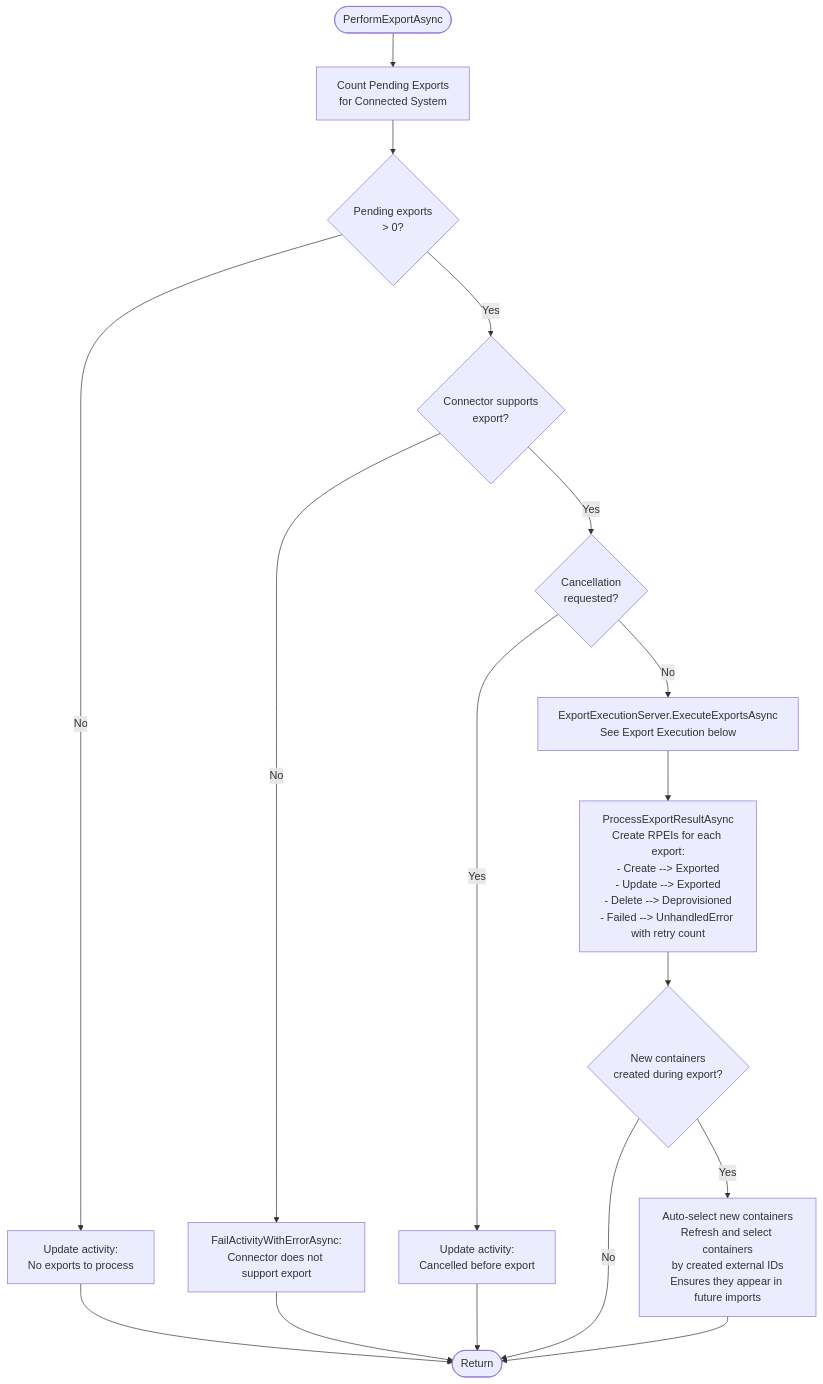
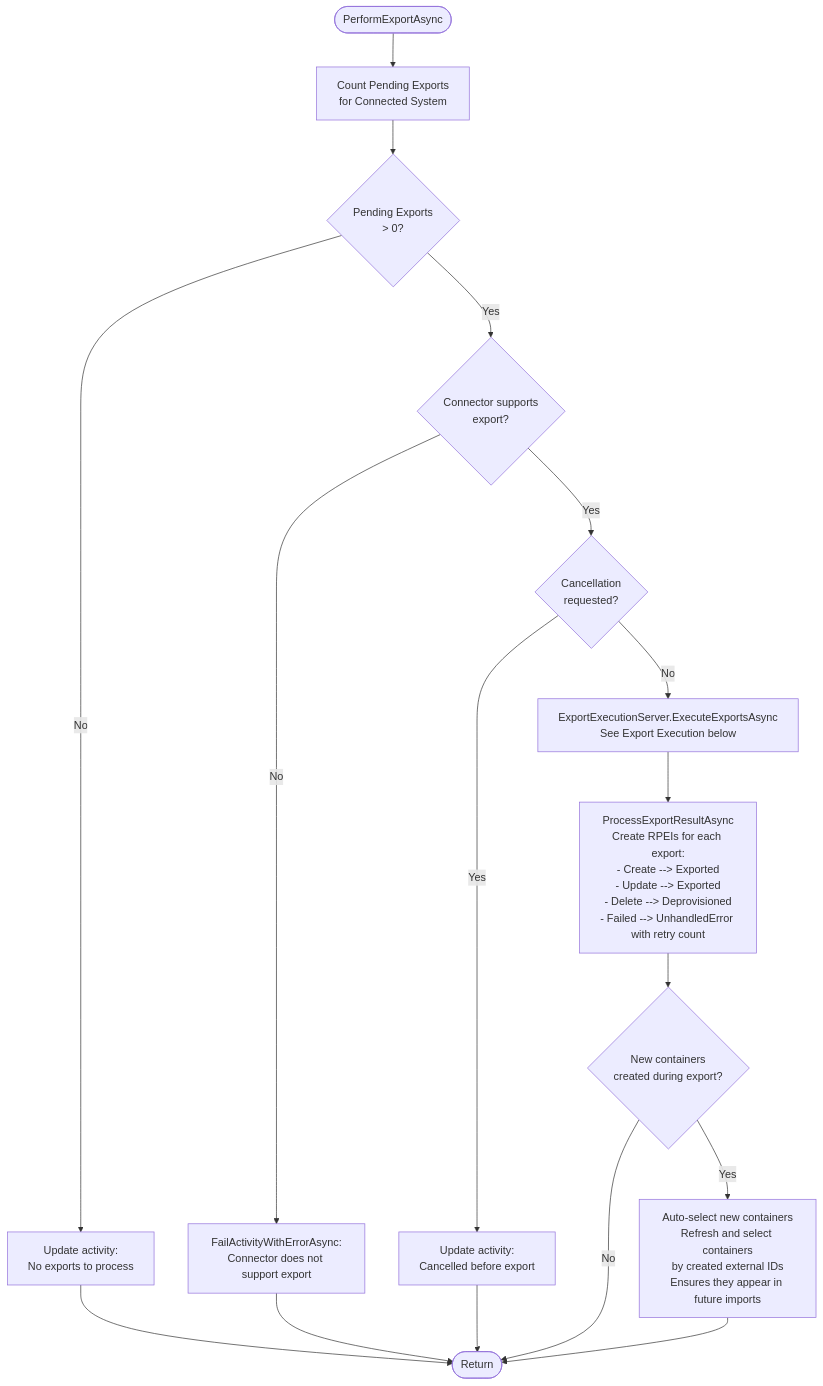
Before and after one commit to TetronIO/JIM: the first of 5 diagrams in docs/developer/diagrams/EXPORT_EXECUTION_FLOW.md, drawn with Mermaid. The commit also changed 105 other files, not shown here.

````diff
--- a/docs/developer/diagrams/EXPORT_EXECUTION_FLOW.md
+++ b/docs/developer/diagrams/EXPORT_EXECUTION_FLOW.md
@@ -11,23 +11,23 @@
 ```mermaid
 flowchart TD
     Start([PerformExportAsync]) --> CountPE[Count Pending Exports<br/>for Connected System]
-    CountPE --> HasExports{Pending exports<br/>> 0?}
+    CountPE --> HasExports{Pending Exports<br/>> 0?}
     HasExports -->|No| NoWork[Update activity:<br/>No exports to process]
     NoWork --> Done([Return])
 
     HasExports -->|Yes| CheckConnector{Connector supports<br/>export?}
     CheckConnector -->|No| FailActivity[FailActivityWithErrorAsync:<br/>Connector does not support export]
     FailActivity --> Done
 
     CheckConnector -->|Yes| CheckCancel{Cancellation<br/>requested?}
     CheckCancel -->|Yes| CancelMsg[Update activity:<br/>Cancelled before export]
     CancelMsg --> Done
 
     CheckCancel -->|No| Execute[ExportExecutionServer.ExecuteExportsAsync<br/>See Export Execution below]
     Execute --> ProcessResult[ProcessExportResultAsync<br/>Create RPEIs for each export:<br/>- Create --> Exported<br/>- Update --> Exported<br/>- Delete --> Deprovisioned<br/>- Failed --> UnhandledError with retry count]
 
     ProcessResult --> CheckContainers{New containers<br/>created during export?}
     CheckContainers -->|Yes| AutoSelect[Auto-select new containers<br/>Refresh and select containers<br/>by created external IDs<br/>Ensures they appear in future imports]
     CheckContainers -->|No| Done
     AutoSelect --> Done
 ```
````
